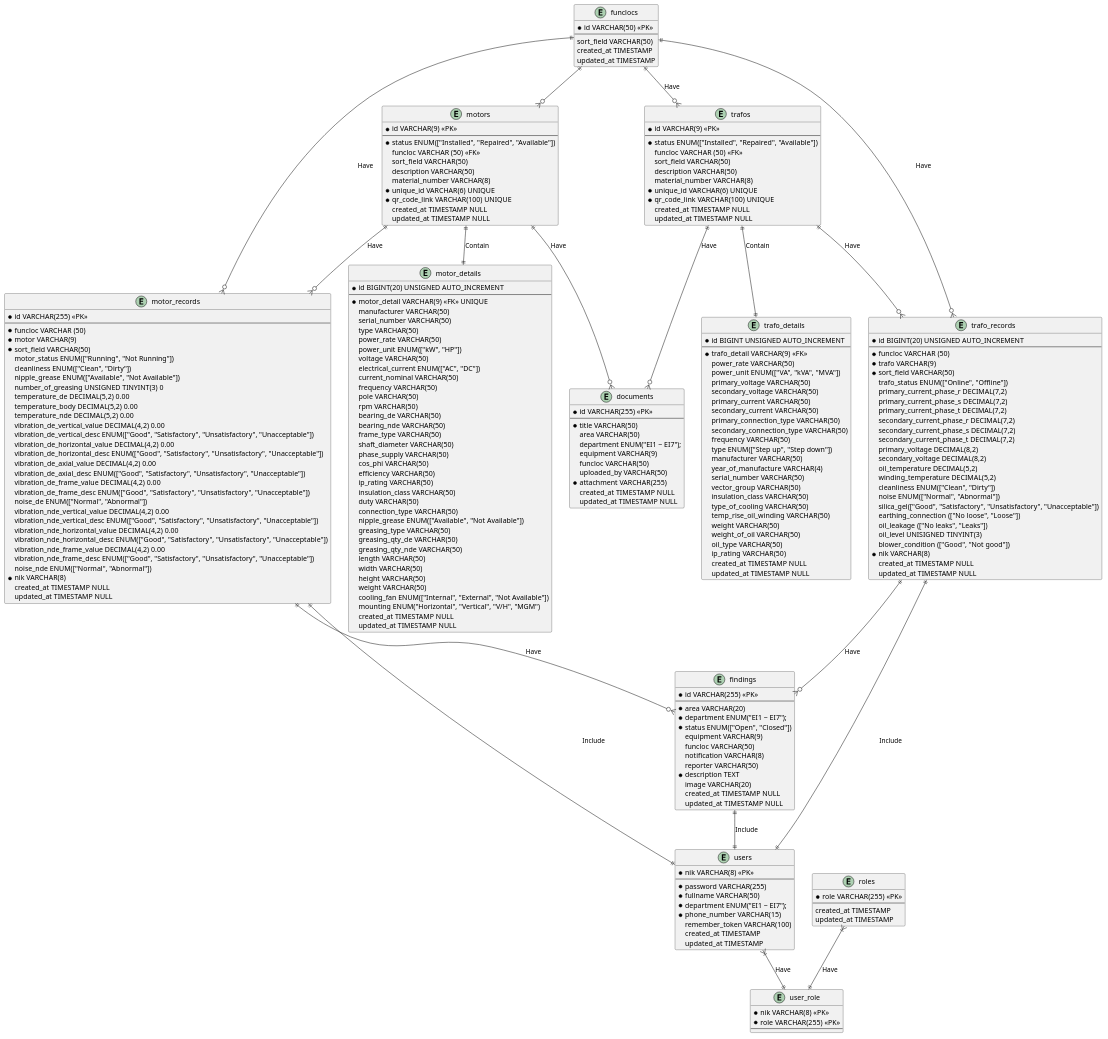
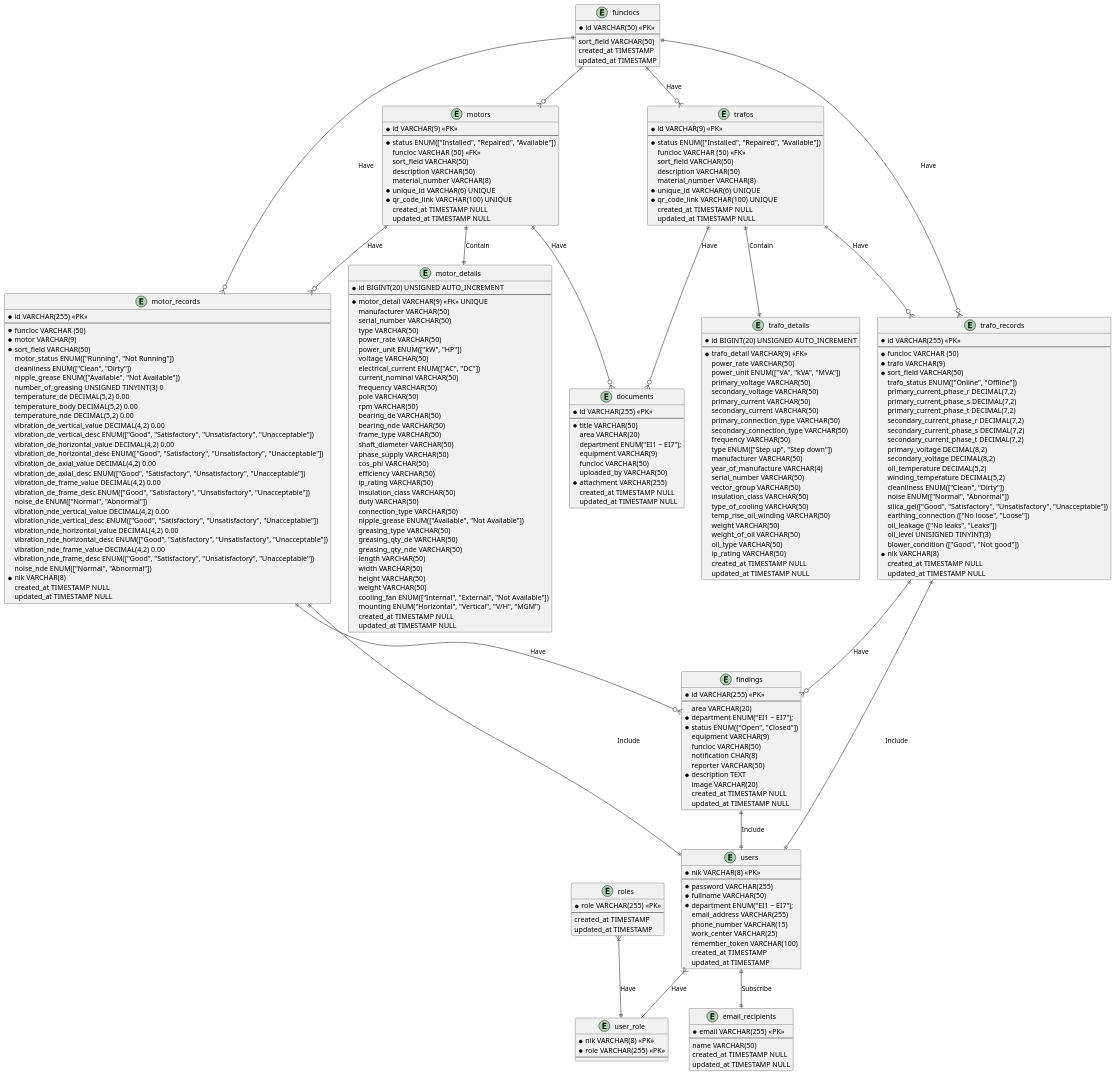
One commit to doniduaasattuu/fajar-e-maintenance changed the diagram in docs/fajar_e_maintenance.puml. Above: the diagram before and after it, drawn with PlantUML. The commit also changed 24 other files, not shown here.

```diff
--- a/docs/fajar_e_maintenance.puml
+++ b/docs/fajar_e_maintenance.puml
@@ -6,7 +6,9 @@
   * password VARCHAR(255)
   * fullname VARCHAR(50)
   * department ENUM("EI1 ~ EI7");
-  * phone_number VARCHAR(15)
+    email_address VARCHAR(255)
+    phone_number VARCHAR(15)
+    work_center VARCHAR(25)
     remember_token VARCHAR(100)
     created_at TIMESTAMP
     updated_at TIMESTAMP
@@ -138,7 +140,7 @@
 }
 
 entity trafo_details {
-  * id BIGINT UNSIGNED AUTO_INCREMENT
+  * id BIGINT(20) UNSIGNED AUTO_INCREMENT
   --
   * trafo_detail VARCHAR(9) <<FK>>
     power_rate VARCHAR(50)
@@ -167,7 +169,7 @@
 }
 
 entity trafo_records {
-  * id BIGINT(20) UNSIGNED AUTO_INCREMENT
+  * id VARCHAR(255) <<PK>>
   --
   * funcloc VARCHAR (50)
   * trafo VARCHAR(9)
@@ -198,12 +200,12 @@
 entity findings {
   * id VARCHAR(255) <<PK>>
   --
-  * area VARCHAR(20)
+    area VARCHAR(20)
   * department ENUM("EI1 ~ EI7");
   * status ENUM(["Open", "Closed"])
     equipment VARCHAR(9)
     funcloc VARCHAR(50)
-    notification VARCHAR(8)
+    notification CHAR(8)
     reporter VARCHAR(50)  
   * description TEXT
     image VARCHAR(20)
@@ -215,7 +217,7 @@
   * id VARCHAR(255) <<PK>>
   --
   * title VARCHAR(50)
-    area VARCHAR(50)
+    area VARCHAR(20)
     department ENUM("EI1 ~ EI7");
     equipment VARCHAR(9)
     funcloc VARCHAR(50)
@@ -225,6 +227,15 @@
     updated_at TIMESTAMP NULL
 }
  
+entity email_recipients {
+  * email VARCHAR(255) <<PK>>
+  --
+    name VARCHAR(50)
+    created_at TIMESTAMP NULL
+    updated_at TIMESTAMP NULL
+}
+ 
+users ||--|| email_recipients : Subscribe
 users }|--|| user_role : Have
 roles }|--|| user_role : Have
 
```
